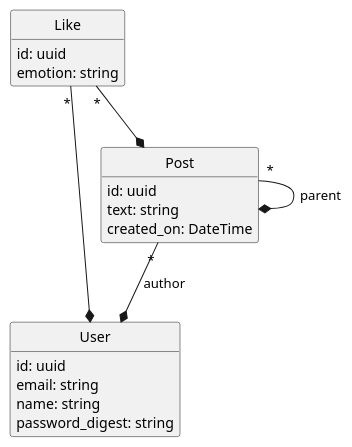
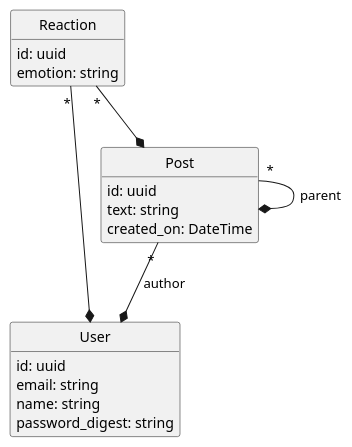
One commit to Adeynack/graphql_examples changed the diagram in model.wsd. Above: the diagram before and after it, drawn with PlantUML. The commit also changed 12 other files, not shown here.

Commit message:
rename like to reaction

```diff
--- a/model.wsd
+++ b/model.wsd
@@ -1,30 +1,30 @@
 @startuml Models
 
 hide empty methods
 hide circle
 
 class User {
     id: uuid
     email: string
     name: string
     password_digest: string
 }
 
 class Post {
     id: uuid
     text: string
     created_on: DateTime
 }
 
 Post "*" --* User: author
 Post "*" --* Post: parent
 
-class Like {
+class Reaction {
     id: uuid
     emotion: string
 }
 
-Like "*" --* User
-Like "*" --* Post
+Reaction "*" --* User
+Reaction "*" --* Post
 
 @enduml
```
